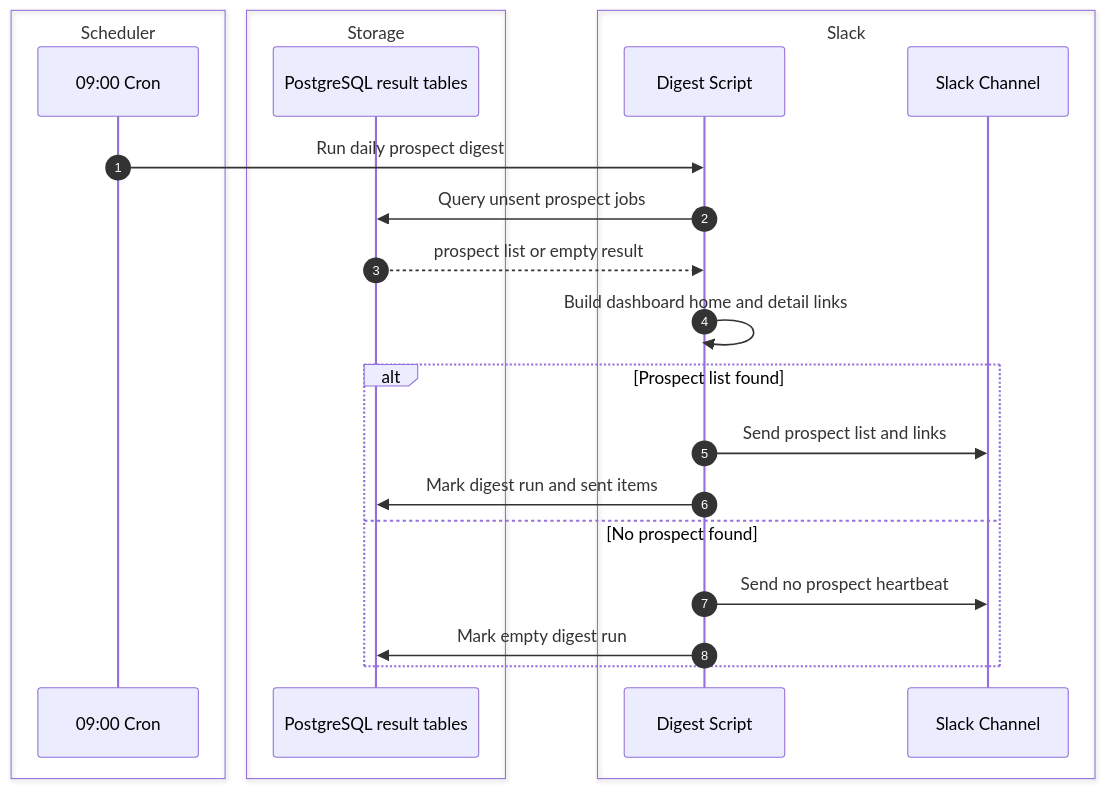
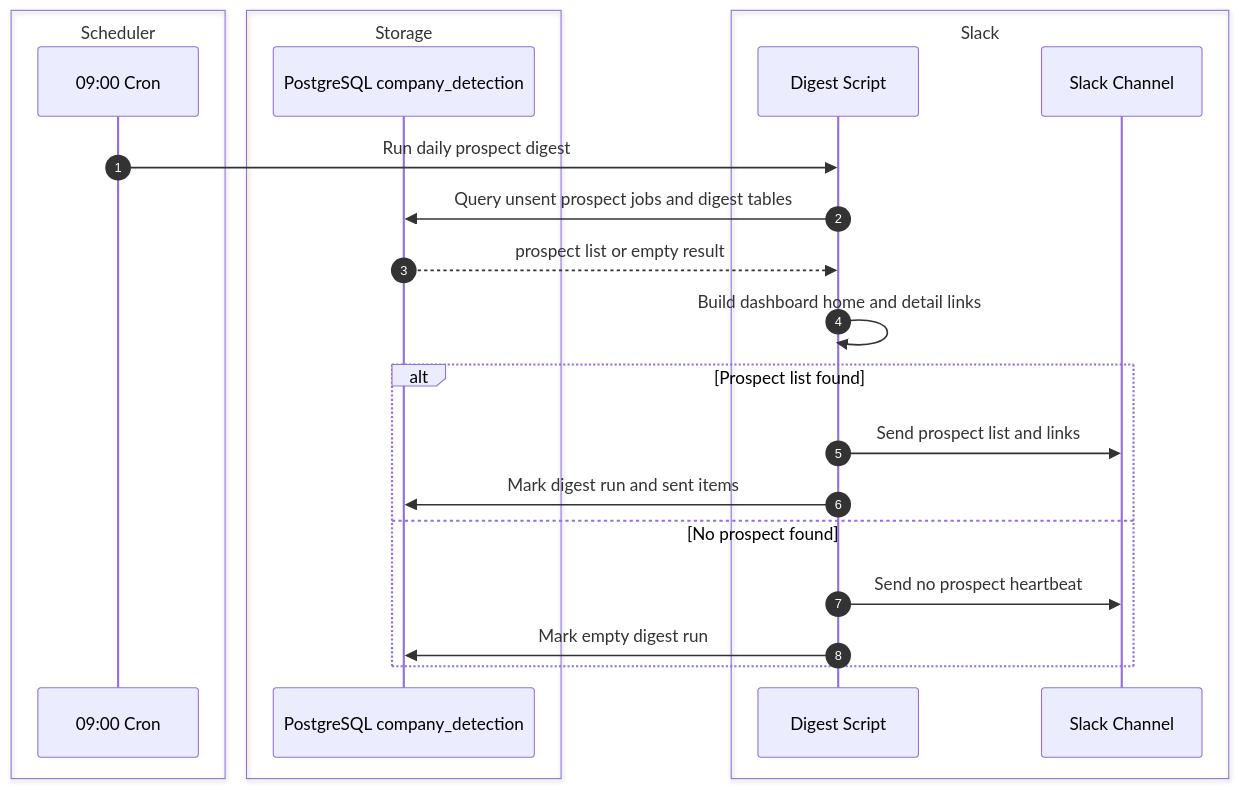
Before and after one commit to nunutech40/company-detector-bot: the eighth of 8 diagrams in docs/technical/FLOW_MAP.md, drawn with Mermaid. The commit also changed other lines of this file and 1 other file, not shown here.

Commit message:
show single postgres database in flow

````diff
--- a/docs/technical/FLOW_MAP.md
+++ b/docs/technical/FLOW_MAP.md
@@ -494,29 +492,29 @@
 ```mermaid
 sequenceDiagram
   autonumber
   box Scheduler
     participant Cron as 09:00 Cron
   end
 
   box Storage
-    participant ResultDB as PostgreSQL result tables
+    participant DB as PostgreSQL company_detection
   end
 
   box Slack
     participant Digest as Digest Script
     participant Channel as Slack Channel
   end
 
   Cron->>Digest: Run daily prospect digest
-  Digest->>ResultDB: Query unsent prospect jobs
-  ResultDB-->>Digest: prospect list or empty result
+  Digest->>DB: Query unsent prospect jobs and digest tables
+  DB-->>Digest: prospect list or empty result
   Digest->>Digest: Build dashboard home and detail links
 
   alt Prospect list found
     Digest->>Channel: Send prospect list and links
-    Digest->>ResultDB: Mark digest run and sent items
+    Digest->>DB: Mark digest run and sent items
   else No prospect found
     Digest->>Channel: Send no prospect heartbeat
-    Digest->>ResultDB: Mark empty digest run
+    Digest->>DB: Mark empty digest run
   end
 ```
````
